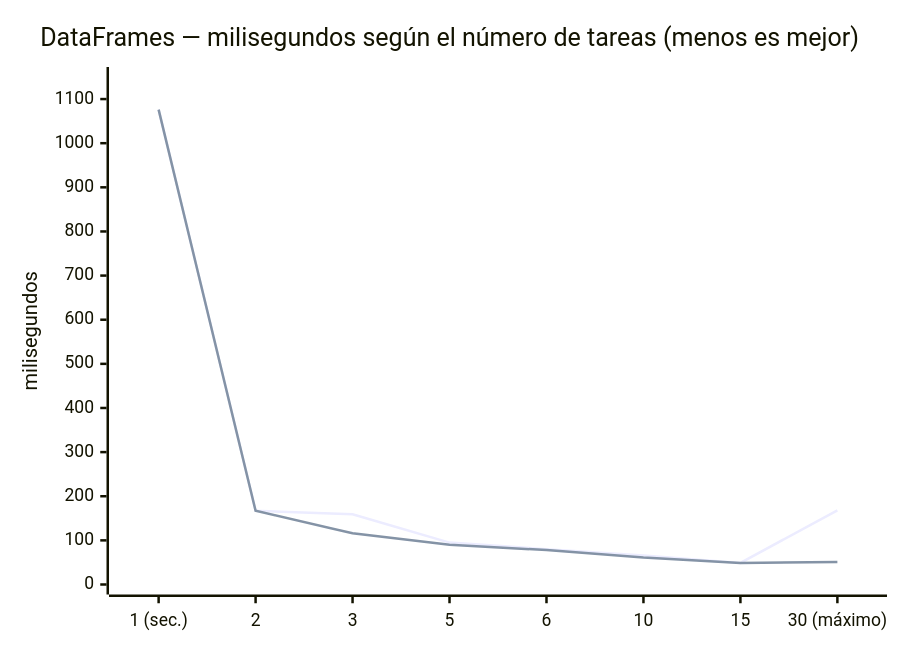
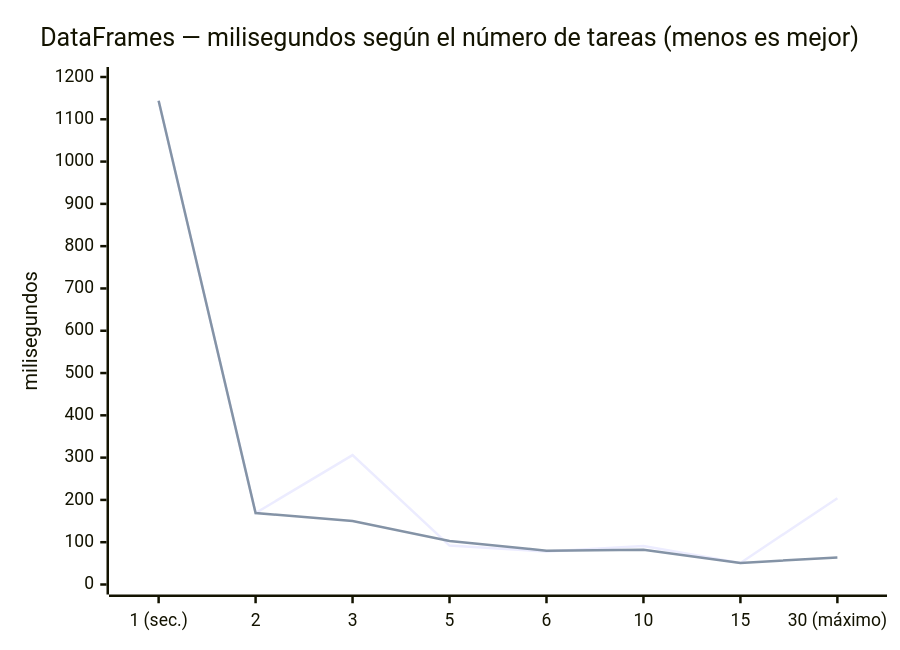
Before and after one commit to joseluisgs/DesarrolloWebEntornosServidor-01-2026-2027: the fourth of 5 diagrams in soluciones/09-AccidentesMadrid/README.md, drawn with Mermaid. The commit also changed other lines of this file and 1 other file, not shown here.

````diff
--- a/soluciones/09-AccidentesMadrid/README.md
+++ b/soluciones/09-AccidentesMadrid/README.md
@@ -412,8 +445,8 @@
 ```mermaid
 xychart-beta
     title "DataFrames — milisegundos según el número de tareas (menos es mejor)"
     x-axis ["1 (sec.)", "2", "3", "5", "6", "10", "15", "30 (máximo)"]
-    y-axis "milisegundos" 0 --> 1150
-    line "Task.WhenAll" [1076, 167, 159, 95, 80, 66, 49, 168]
-    line "Parallel.For" [1076, 167, 116, 90, 78, 61, 49, 51]
+    y-axis "milisegundos" 0 --> 1200
+    line "Task.WhenAll" [1144, 169, 306, 92, 78, 91, 51, 204]
+    line "Parallel.For" [1144, 169, 150, 103, 80, 82, 51, 64]
 ```
````
